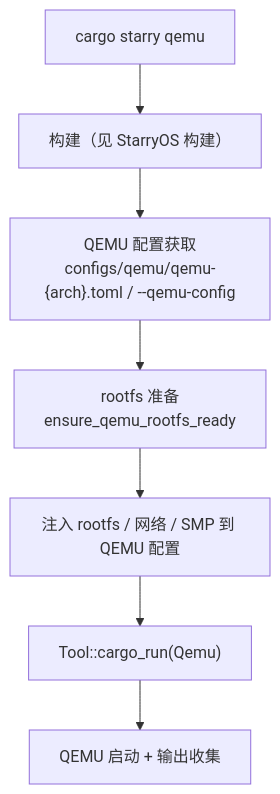
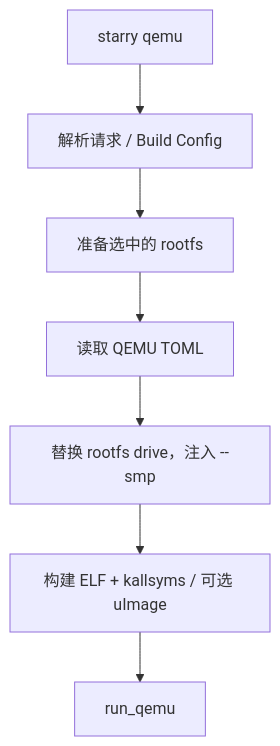
The diagram in docs/docs/build/starry/runtime.md (rcore-os/tgoskits), drawn with Mermaid before and after one commit. The commit also changed other lines of this file and 18 other files, not shown here.

Commit message:
docs(axbuild): rewrite build system docs around explicit config contracts and add ktest/agent-review-bench pages

````diff
--- a/docs/docs/build/starry/runtime.md
+++ b/docs/docs/build/starry/runtime.md
@@ -22,9 +14,9 @@
 ```mermaid
 flowchart TD
-    A["cargo starry qemu"] --> B["构建（见 StarryOS 构建）"]
-    B --> C["QEMU 配置获取<br/>configs/qemu/qemu-{arch}.toml / --qemu-config"]
-    C --> D["rootfs 准备<br/>ensure_qemu_rootfs_ready"]
-    D --> E["注入 rootfs / 网络 / SMP 到 QEMU 配置"]
-    E --> F["Tool::cargo_run(Qemu)"]
-    F --> G["QEMU 启动 + 输出收集"]
+    A["starry qemu"] --> B["解析请求 / Build Config"]
+    B --> C["准备选中的 rootfs"]
+    C --> D["读取 QEMU TOML"]
+    D --> E["替换 rootfs drive，注入 --smp"]
+    E --> F["构建 ELF + kallsyms / 可选 uImage"]
+    F --> G["run_qemu"]
 ```
````
